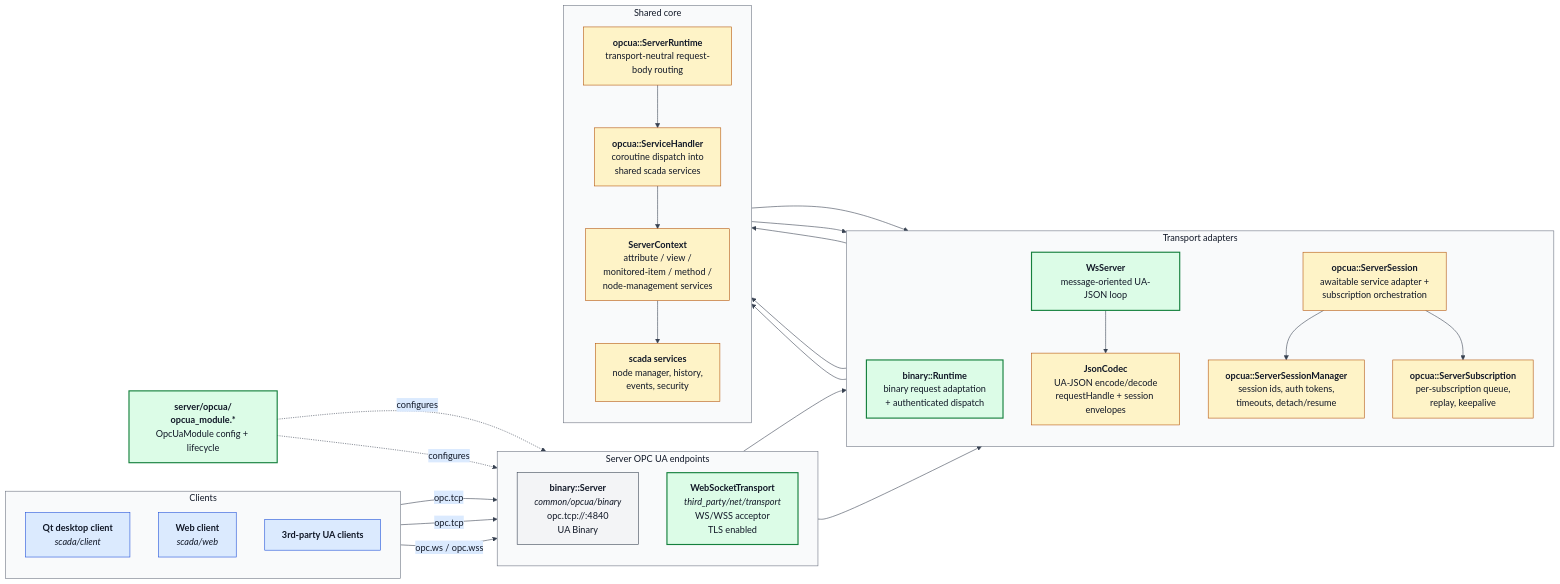
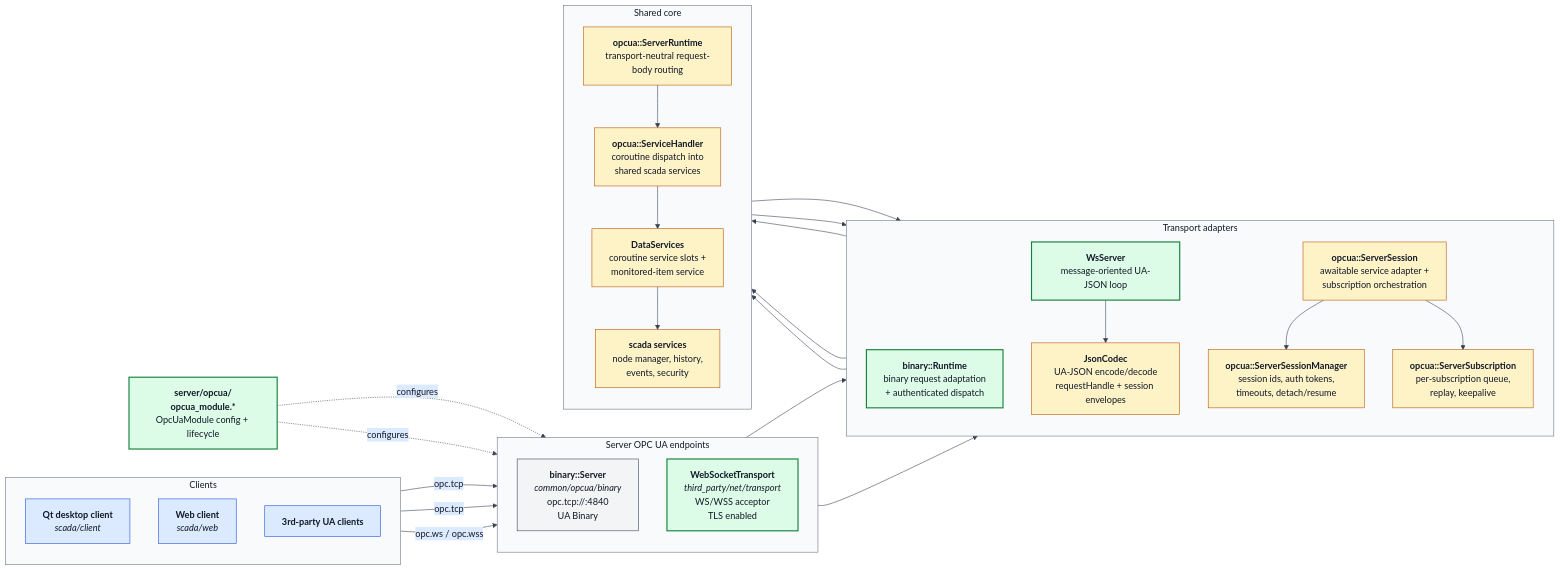
Before and after one commit to alexsmn/scada-common: the diagram in docs/diagrams/opcua_architecture.mmd, drawn with Mermaid. The commit also changed 11 other files, not shown here.

Commit message:
Let OPC UA runtimes use aggregate coroutine services

```diff
--- a/docs/diagrams/opcua_architecture.mmd
+++ b/docs/diagrams/opcua_architecture.mmd
@@ -1,86 +1,86 @@
 %%{init: {
   'theme': 'base',
   'themeVariables': {
     'background': '#ffffff',
     'primaryColor': '#f3f4f6',
     'primaryBorderColor': '#374151',
     'primaryTextColor': '#111827',
     'secondaryColor': '#dbeafe',
     'secondaryBorderColor': '#1d4ed8',
     'secondaryTextColor': '#111827',
     'tertiaryColor': '#fef3c7',
     'tertiaryBorderColor': '#b45309',
     'tertiaryTextColor': '#111827',
     'lineColor': '#374151',
     'defaultLinkColor': '#374151',
     'clusterBkg': '#f9fafb',
     'clusterBorder': '#6b7280',
     'titleColor': '#111827'
   },
   'flowchart': {'htmlLabels': true}
 }}%%
 flowchart LR
     subgraph Clients["Clients"]
         direction TB
         QT["<b>Qt desktop client</b><br/><i>scada/client</i>"]
         WEB["<b>Web client</b><br/><i>scada/web</i>"]
         NATIVE["<b>3rd-party UA clients</b>"]
     end
 
     subgraph Endpoints["Server OPC UA endpoints"]
         direction TB
         TCP["<b>binary::Server</b><br/><i>common/opcua/binary</i><br/>opc.tcp://:4840<br/>UA Binary"]
         WSSOCK["<b>WebSocketTransport</b><br/><i>third_party/net/transport</i><br/>WS/WSS acceptor<br/>TLS enabled"]
     end
 
     subgraph Adapters["Transport adapters"]
         direction TB
         BINARY["<b>binary::Runtime</b><br/>binary request adaptation<br/>+ authenticated dispatch"]
         WS["<b>WsServer</b><br/>message-oriented UA-JSON loop"]
         SESS["<b>opcua::ServerSession</b><br/>awaitable service adapter +<br/>subscription orchestration"]
         SMGR["<b>opcua::ServerSessionManager</b><br/>session ids, auth tokens,<br/>timeouts, detach/resume"]
         SUB["<b>opcua::ServerSubscription</b><br/>per-subscription queue,<br/>replay, keepalive"]
         CODEC["<b>JsonCodec</b><br/>UA-JSON encode/decode<br/>requestHandle + session envelopes"]
     end
 
     subgraph Core["Shared core"]
         direction TB
         RT["<b>opcua::ServerRuntime</b><br/>transport-neutral request-body routing"]
         HANDLER["<b>opcua::ServiceHandler</b><br/>coroutine dispatch into<br/>shared scada services"]
-        CTX["<b>ServerContext</b><br/>attribute / view /<br/>monitored-item / method /<br/>node-management services"]
+        CTX["<b>DataServices</b><br/>coroutine service slots +<br/>monitored-item service"]
         SVC["<b>scada services</b><br/>node manager, history,<br/>events, security"]
     end
 
     MOD["<b>server/opcua/<br/>opcua_module.*</b><br/>OpcUaModule config + lifecycle"]
 
     QT -->|opc.tcp| TCP
     NATIVE -->|opc.tcp| TCP
     WEB -->|opc.ws / opc.wss| WSSOCK
 
     WSSOCK --> WS
     WS --> CODEC
     WS --> RT
     TCP --> BINARY
     BINARY --> RT
     RT --> SESS
     RT --> SMGR
     RT --> HANDLER
     SESS --> SMGR
     SESS --> SUB
     HANDLER --> CTX
     SMGR --> CTX
 
     CTX --> SVC
 
     MOD -.configures.-> TCP
     MOD -.configures.-> WSSOCK
 
     classDef clientStyle fill:#dbeafe,stroke:#1d4ed8,color:#111827
     classDef newModule fill:#dcfce7,stroke:#15803d,color:#111827,stroke-width:2px
     classDef existing fill:#f3f4f6,stroke:#374151,color:#111827
     classDef core fill:#fef3c7,stroke:#b45309,color:#111827
     class QT,WEB,NATIVE clientStyle
     class WSSOCK,WS,BINARY,MOD newModule
     class TCP existing
     class SESS,SMGR,SUB,CODEC core
     class RT,HANDLER,CTX,SVC core
```
